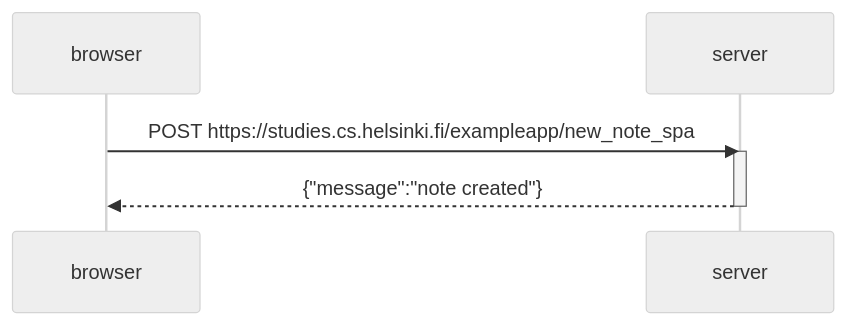
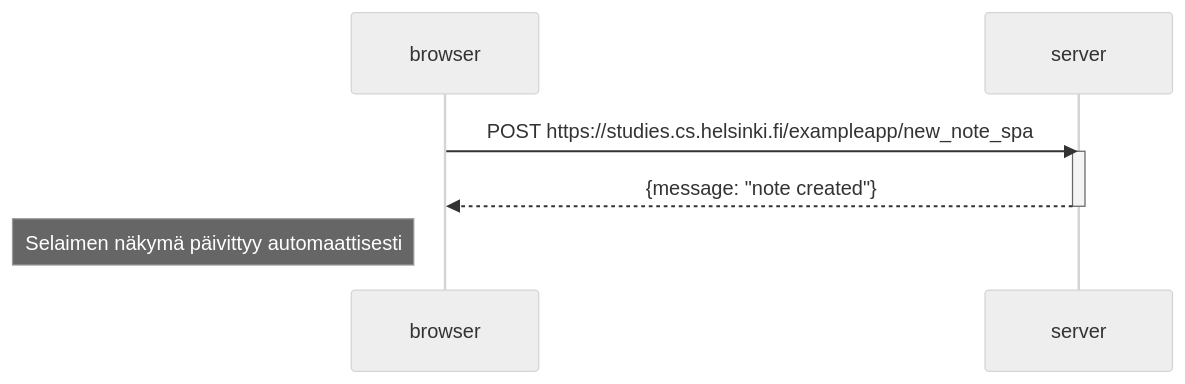
Before and after one commit to hennasavilahti/fullstack-open-2023: the diagram in osa-0/0.6.md, drawn with Mermaid (neutral theme).

Commit message:
Finished part 0

````diff
--- a/osa-0/0.6.md
+++ b/osa-0/0.6.md
@@ -1,10 +1,11 @@
 ```mermaid
 sequenceDiagram
     participant browser
     participant server
 
     browser->>server:POST https://studies.cs.helsinki.fi/exampleapp/new_note_spa;
     activate server
-    server-->>browser:{"message":"note created"}
+    server-->>browser:{message: "note created"}
     deactivate server
+    Note left of browser: Selaimen näkymä päivittyy automaattisesti
 ```
````
